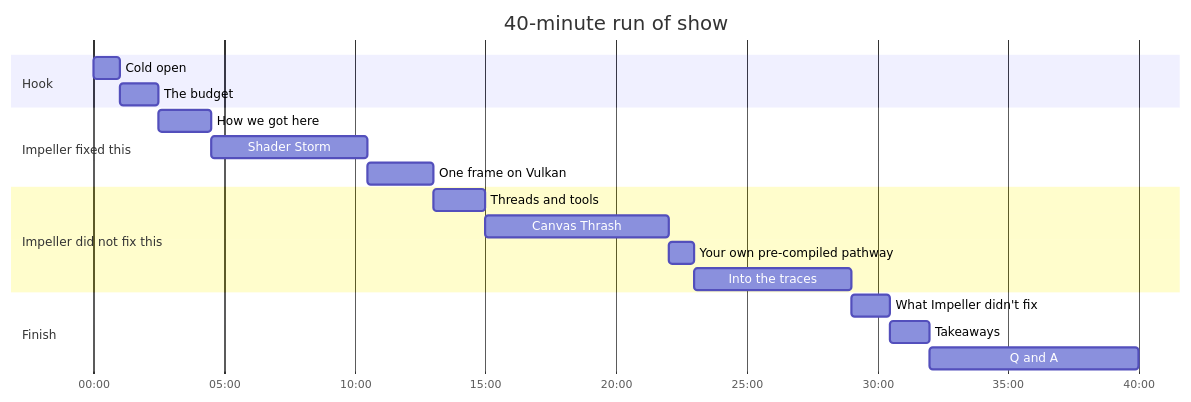
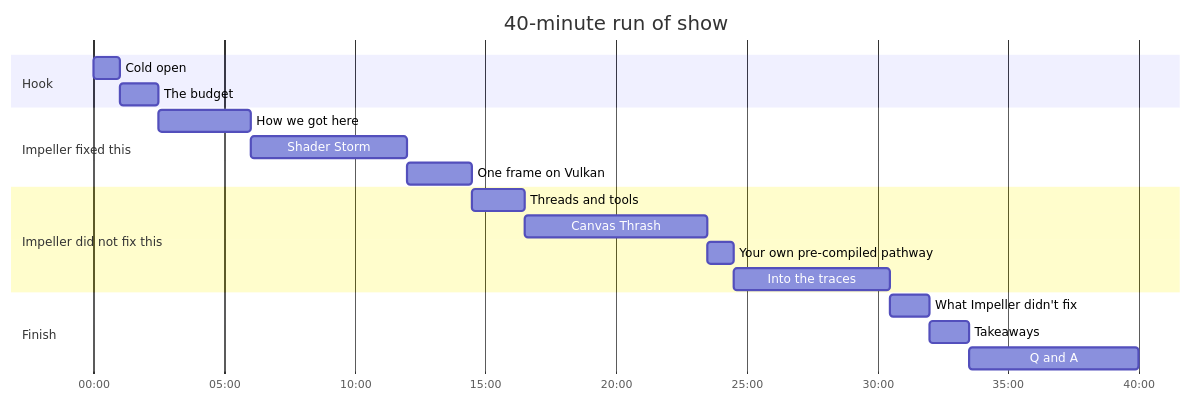
One commit to cm-collins/fluttercon-demo-app changed the second of 2 diagrams in docs/talk/talk-outline.md. Above: the diagram before and after it, drawn with Mermaid. The commit also changed other lines of this file and 18 other files, not shown here.

````diff
--- a/docs/talk/talk-outline.md
+++ b/docs/talk/talk-outline.md
@@ -49,22 +49,22 @@
 ```mermaid
 gantt
     title 40-minute run of show
     dateFormat mm:ss
     axisFormat %M:%S
     section Hook
     Cold open                     :h1, 00:00, 1m
     The budget                    :h2, after h1, 90s
     section Impeller fixed this
-    How we got here               :a1, after h2, 2m
+    How we got here               :a1, after h2, 210s
     Shader Storm                  :a2, after a1, 6m
     One frame on Vulkan           :a3, after a2, 150s
     section Impeller did not fix this
     Threads and tools             :b1, after a3, 2m
     Canvas Thrash                 :b2, after b1, 7m
     Your own pre-compiled pathway :b4, after b2, 1m
     Into the traces               :b3, after b4, 6m
     section Finish
     What Impeller didn't fix      :f1, after b3, 90s
     Takeaways                     :f2, after f1, 90s
-    Q and A                       :f3, after f2, 8m
+    Q and A                       :f3, after f2, 390s
 ```
````
